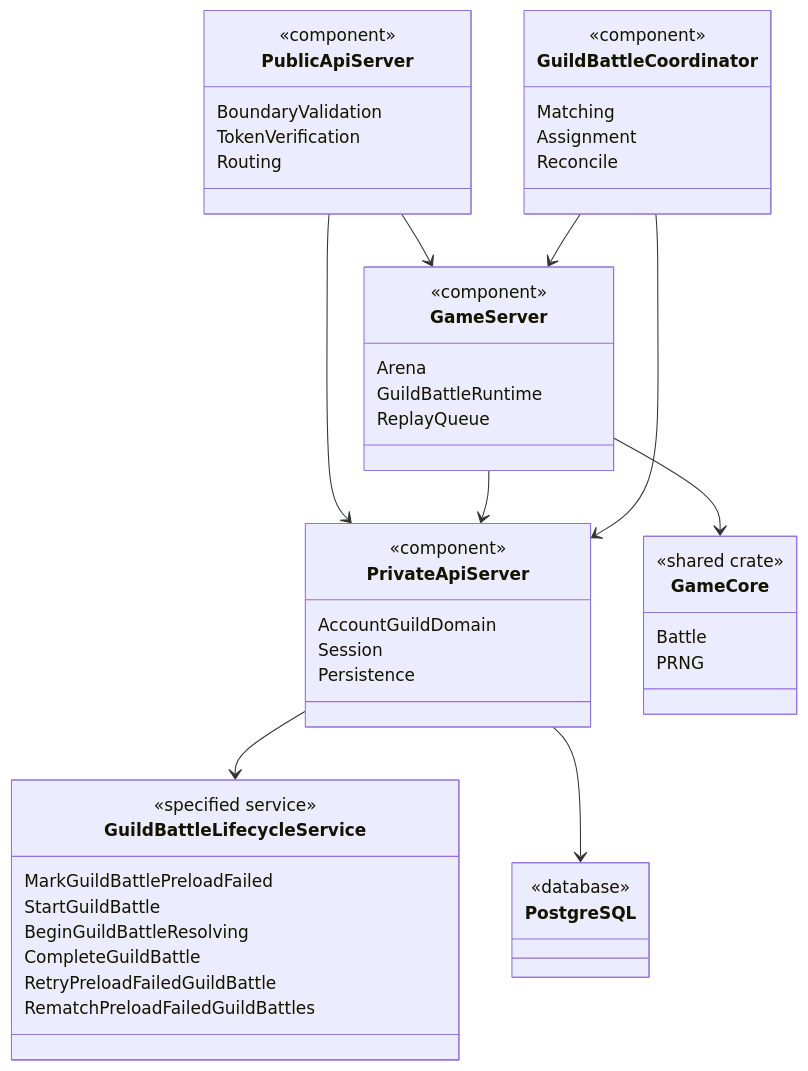
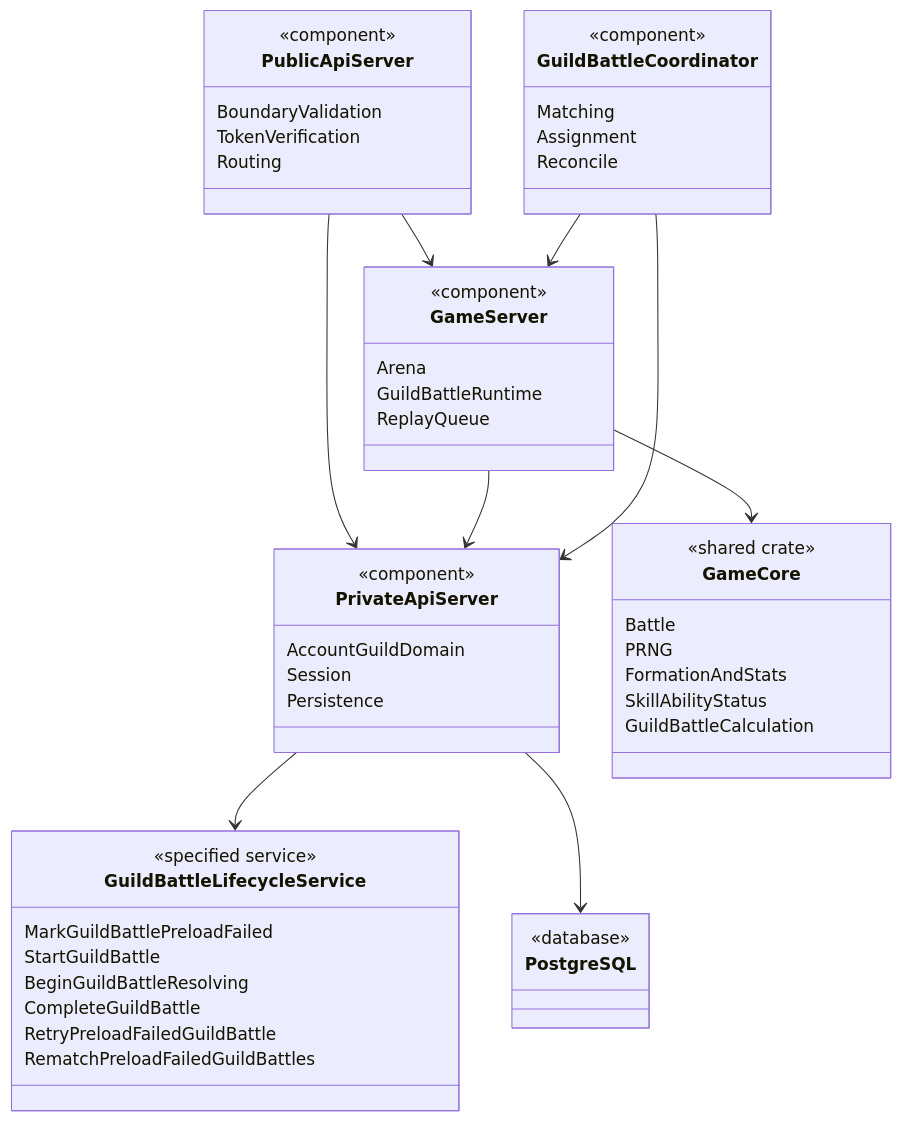
Before and after one commit to ReHydrangeaOdyssey/Specifications: the second of 3 diagrams in design/programming/architecture.md, drawn with Mermaid. The commit also changed other lines of this file and 25 other files, not shown here.

````diff
--- a/design/programming/architecture.md
+++ b/design/programming/architecture.md
@@ -65,53 +67,56 @@
 ```mermaid
 classDiagram
     class PublicApiServer {
         <<component>>
         BoundaryValidation
         TokenVerification
         Routing
     }
     class PrivateApiServer {
         <<component>>
         AccountGuildDomain
         Session
         Persistence
     }
     class GuildBattleLifecycleService {
         <<specified service>>
         MarkGuildBattlePreloadFailed
         StartGuildBattle
         BeginGuildBattleResolving
         CompleteGuildBattle
         RetryPreloadFailedGuildBattle
         RematchPreloadFailedGuildBattles
     }
     class GameServer {
         <<component>>
         Arena
         GuildBattleRuntime
         ReplayQueue
     }
     class GuildBattleCoordinator {
         <<component>>
         Matching
         Assignment
         Reconcile
     }
     class GameCore {
         <<shared crate>>
         Battle
         PRNG
+        FormationAndStats
+        SkillAbilityStatus
+        GuildBattleCalculation
     }
     class PostgreSQL {
         <<database>>
     }
 
     PublicApiServer --> PrivateApiServer
     PublicApiServer --> GameServer
     PrivateApiServer --> GuildBattleLifecycleService
     PrivateApiServer --> PostgreSQL
     GameServer --> PrivateApiServer
     GuildBattleCoordinator --> PrivateApiServer
     GuildBattleCoordinator --> GameServer
     GameServer --> GameCore
 ```
````
